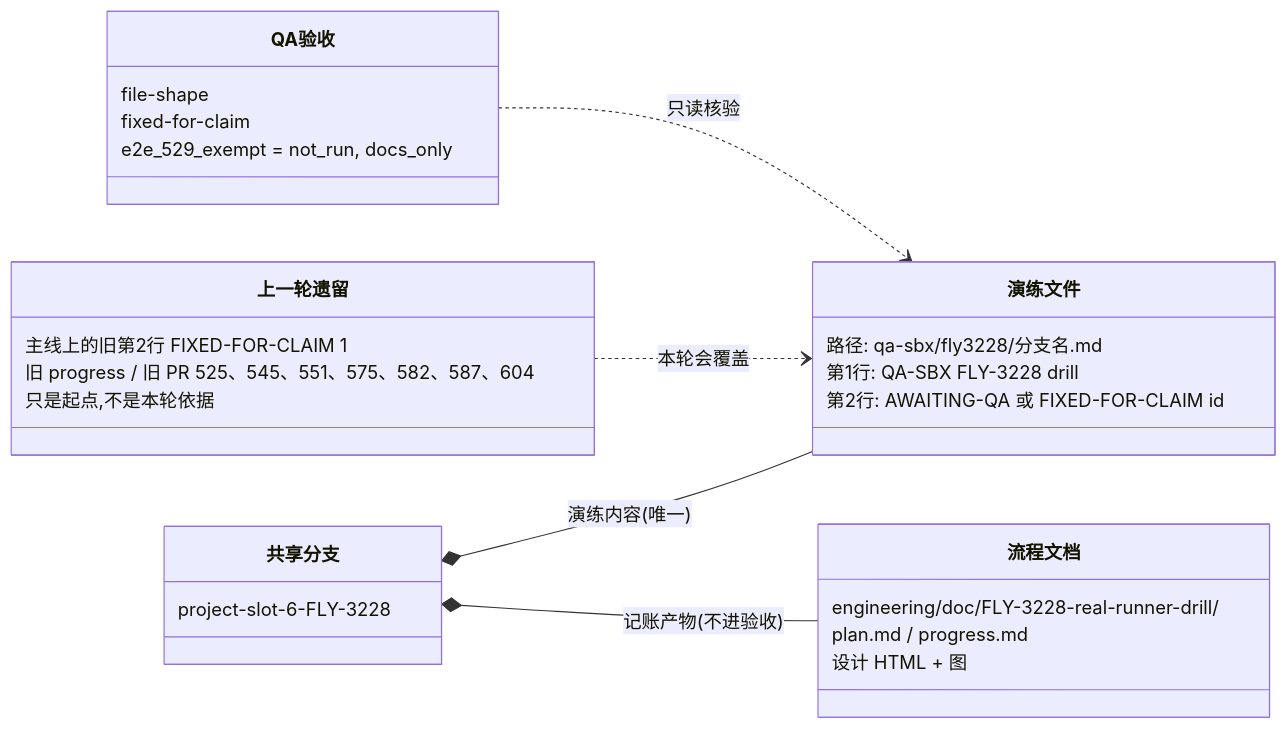
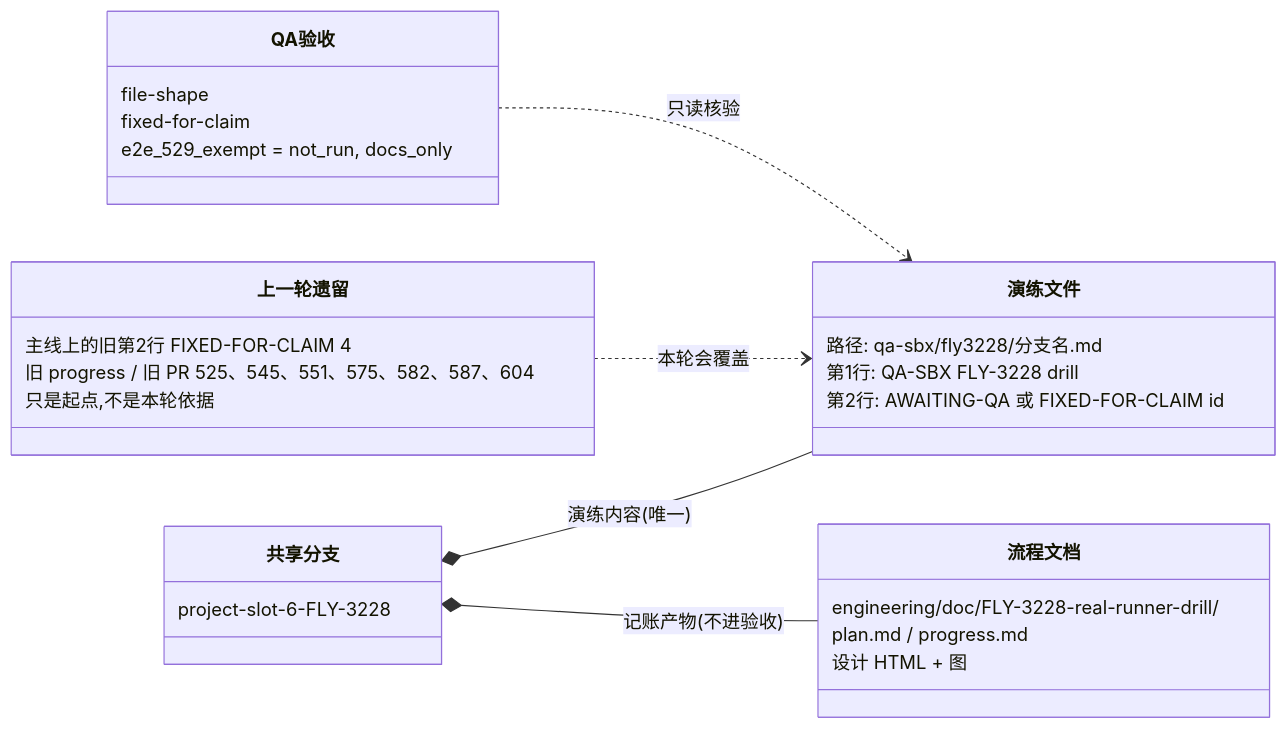
One commit to xrliAnnie/flywheel-qa-sandbox changed the diagram in engineering/doc/FLY-3228-real-runner-drill/d2-data-model.mmd. Above: the diagram before and after it, drawn with Mermaid. The commit also changed 4 other files, not shown here.

```diff
--- a/engineering/doc/FLY-3228-real-runner-drill/d2-data-model.mmd
+++ b/engineering/doc/FLY-3228-real-runner-drill/d2-data-model.mmd
@@ -1,29 +1,29 @@
 classDiagram
     direction LR
     class 共享分支 {
         project-slot-6-FLY-3228
     }
     class 演练文件 {
         路径: qa-sbx/fly3228/分支名.md
         第1行: QA-SBX FLY-3228 drill
         第2行: AWAITING-QA 或 FIXED-FOR-CLAIM id
     }
     class 上一轮遗留 {
-        主线上的旧第2行 FIXED-FOR-CLAIM 1
+        主线上的旧第2行 FIXED-FOR-CLAIM 4
         旧 progress / 旧 PR 525、545、551、575、582、587、604
         只是起点,不是本轮依据
     }
     class 流程文档 {
         engineering/doc/FLY-3228-real-runner-drill/
         plan.md / progress.md
         设计 HTML + 图
     }
     class QA验收 {
         file-shape
         fixed-for-claim
         e2e_529_exempt = not_run, docs_only
     }
     共享分支 *-- 演练文件 : 演练内容(唯一)
     共享分支 *-- 流程文档 : 记账产物(不进验收)
     上一轮遗留 ..> 演练文件 : 本轮会覆盖
     QA验收 ..> 演练文件 : 只读核验
```
